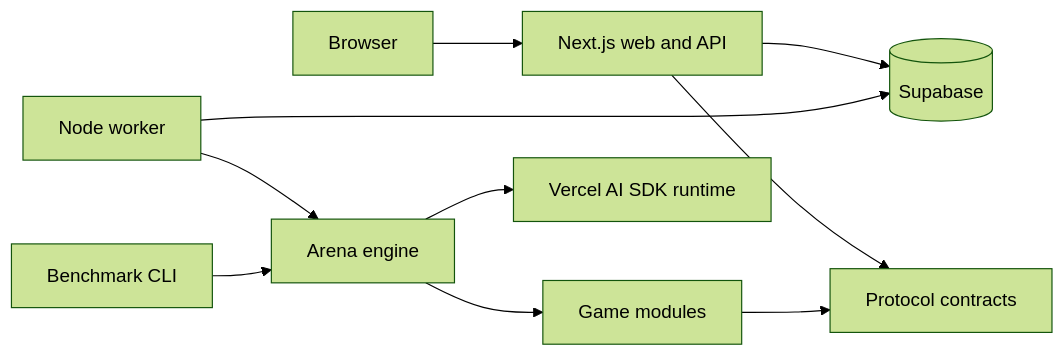
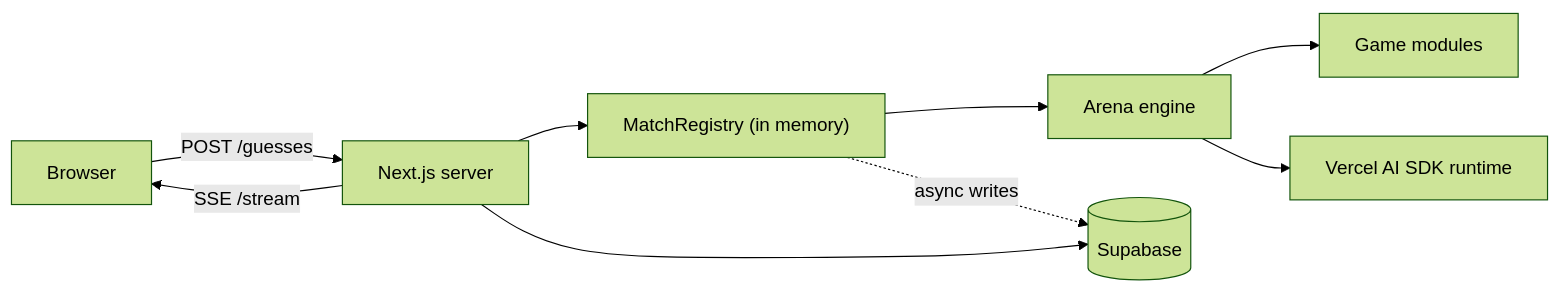
The diagram in docs/ARCHITECTURE.md (Ee-Hsin/Mind-versus-Machine), drawn with Mermaid (forest theme) before and after one commit. The commit also changed other lines of this file and 109 other files, not shown here.

````diff
--- a/docs/ARCHITECTURE.md
+++ b/docs/ARCHITECTURE.md
@@ -15,12 +8,11 @@
 ```mermaid
 flowchart LR
-  Browser --> Web["Next.js web and API"]
-  Web --> Protocol["Protocol contracts"]
-  Web --> DB[(Supabase)]
-  Worker["Node worker"] --> DB
-  Worker --> Engine["Arena engine"]
-  CLI["Benchmark CLI"] --> Engine
+  Browser -- "POST /guesses" --> Web["Next.js server"]
+  Web -- "SSE /stream" --> Browser
+  Web --> Registry["MatchRegistry (in memory)"]
+  Registry --> Engine["Arena engine"]
   Engine --> Games["Game modules"]
   Engine --> Models["Vercel AI SDK runtime"]
-  Games --> Protocol
+  Registry -. "async writes" .-> DB[(Supabase)]
+  Web --> DB
 ```
````
